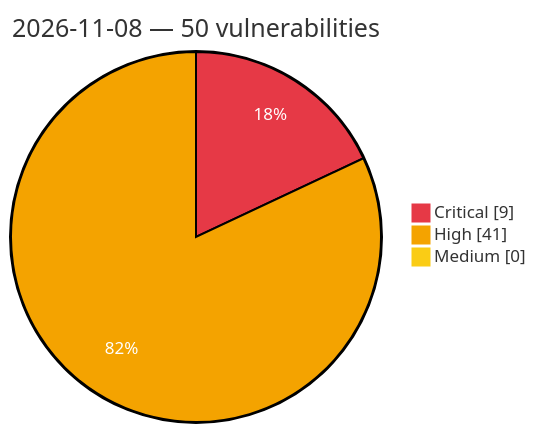
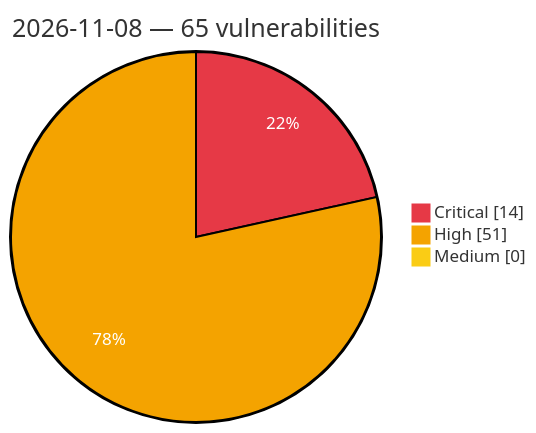
One commit to GhostX0X/vuln-tracker changed the diagram in vulnerabilities/2026/November/2026-11-08.md. Above: the diagram before and after it, drawn with Mermaid. The commit also changed other lines of this file and 5 other files, not shown here.

Commit message:
Auto update: critical/high vulns (2026-11-08 22:19 UTC)

````diff
--- a/vulnerabilities/2026/November/2026-11-08.md
+++ b/vulnerabilities/2026/November/2026-11-08.md
@@ -3,8 +3,8 @@
 ```mermaid
 %%{init: {'theme':'base', 'themeVariables': {'pie1':'#e63946', 'pie2':'#f4a300', 'pie3':'#facc15', 'pieOpacity':'1', 'pieOuterStrokeWidth':'2px', 'pieSectionTextColor':'#ffffff'}}}%%
 pie showData
-    title 2026-11-08 — 50 vulnerabilities
-    "Critical" : 9
-    "High" : 41
+    title 2026-11-08 — 65 vulnerabilities
+    "Critical" : 14
+    "High" : 51
     "Medium" : 0
 ```
````
